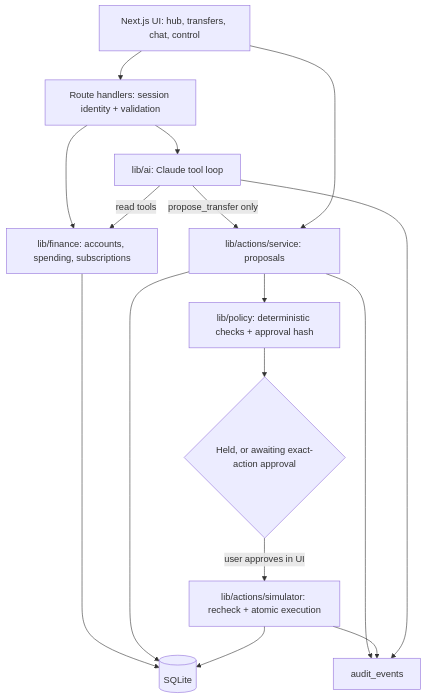
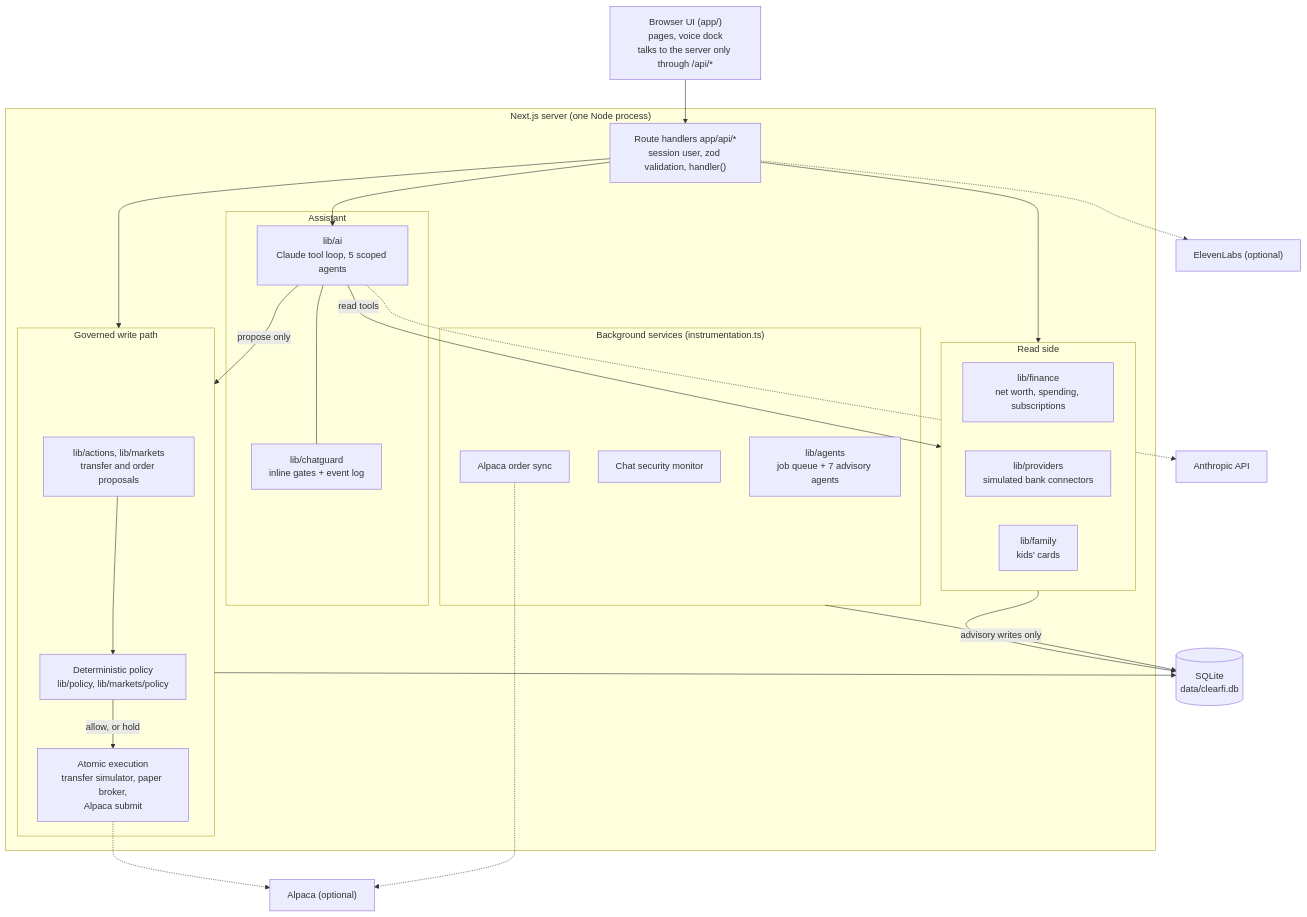
One commit to TarunT27/Onera changed the first of 4 diagrams in README.md. Above: the diagram before and after it, drawn with Mermaid. The commit also changed other lines of this file, not shown here.

First line of the commit message:
Revamp README with architecture, modules and security model

````diff
--- a/README.md
+++ b/README.md
@@ -47,14 +106,53 @@
 ```mermaid
-flowchart TD
-    UI[Next.js UI: hub, transfers, chat, control] --> API[Route handlers: session identity + validation]
-    API --> READ[lib/finance: accounts, spending, subscriptions]
-    API --> CHAT[lib/ai: Claude tool loop]
+flowchart TB
+    UI["Browser UI (app/)<br/>pages, voice dock<br/>talks to the server only through /api/*"]
+
+    subgraph SERVER["Next.js server (one Node process)"]
+        API["Route handlers app/api/*<br/>session user, zod validation, handler()"]
+
+        subgraph AI["Assistant"]
+            CHAT["lib/ai<br/>Claude tool loop, 5 scoped agents"]
+            GUARD["lib/chatguard<br/>inline gates + event log"]
+        end
+
+        subgraph READ["Read side"]
+            FIN["lib/finance<br/>net worth, spending, subscriptions"]
+            PROV["lib/providers<br/>simulated bank connectors"]
+            FAM["lib/family<br/>kids' cards"]
+        end
+
+        subgraph WRITE["Governed write path"]
+            PROP["lib/actions, lib/markets<br/>transfer and order proposals"]
+            POL["Deterministic policy<br/>lib/policy, lib/markets/policy"]
+            EXE["Atomic execution<br/>transfer simulator, paper broker,<br/>Alpaca submit"]
+            PROP --> POL
+            POL -->|allow, or hold| EXE
+        end
+
+        subgraph BG["Background services (instrumentation.ts)"]
+            WORK["lib/agents<br/>job queue + 7 advisory agents"]
+            MON["Chat security monitor"]
+            SYNC["Alpaca order sync"]
+        end
+    end
+
+    DB[("SQLite<br/>data/clearfi.db")]
+    CLAUDE["Anthropic API"]
+    ALP["Alpaca (optional)"]
+    ELEVEN["ElevenLabs (optional)"]
+
+    UI --> API
+    API --> CHAT
+    API --> READ
+    API --> WRITE
+    CHAT --- GUARD
     CHAT -->|read tools| READ
-    CHAT -->|propose_transfer only| ACT[lib/actions/service: proposals]
-    UI --> ACT
-    ACT --> POLICY[lib/policy: deterministic checks + approval hash]
-    POLICY --> REVIEW{Held, or awaiting exact-action approval}
-    REVIEW -->|user approves in UI| SIM[lib/actions/simulator: recheck + atomic execution]
-    READ & ACT & SIM --> DB[(SQLite)]
-    ACT & SIM & CHAT --> AUDIT[audit_events]
+    CHAT -->|propose only| WRITE
+    READ --> DB
+    WRITE --> DB
+    BG -->|advisory writes only| DB
+    CHAT -.-> CLAUDE
+    EXE -.-> ALP
+    SYNC -.-> ALP
+    API -.-> ELEVEN
 ```
````
